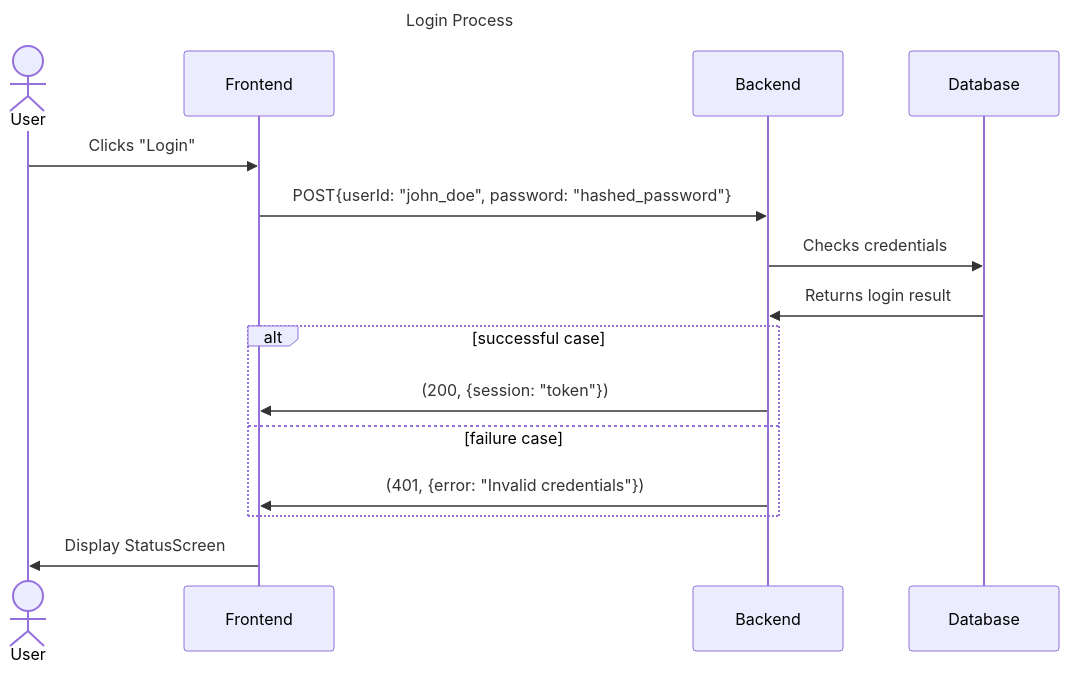
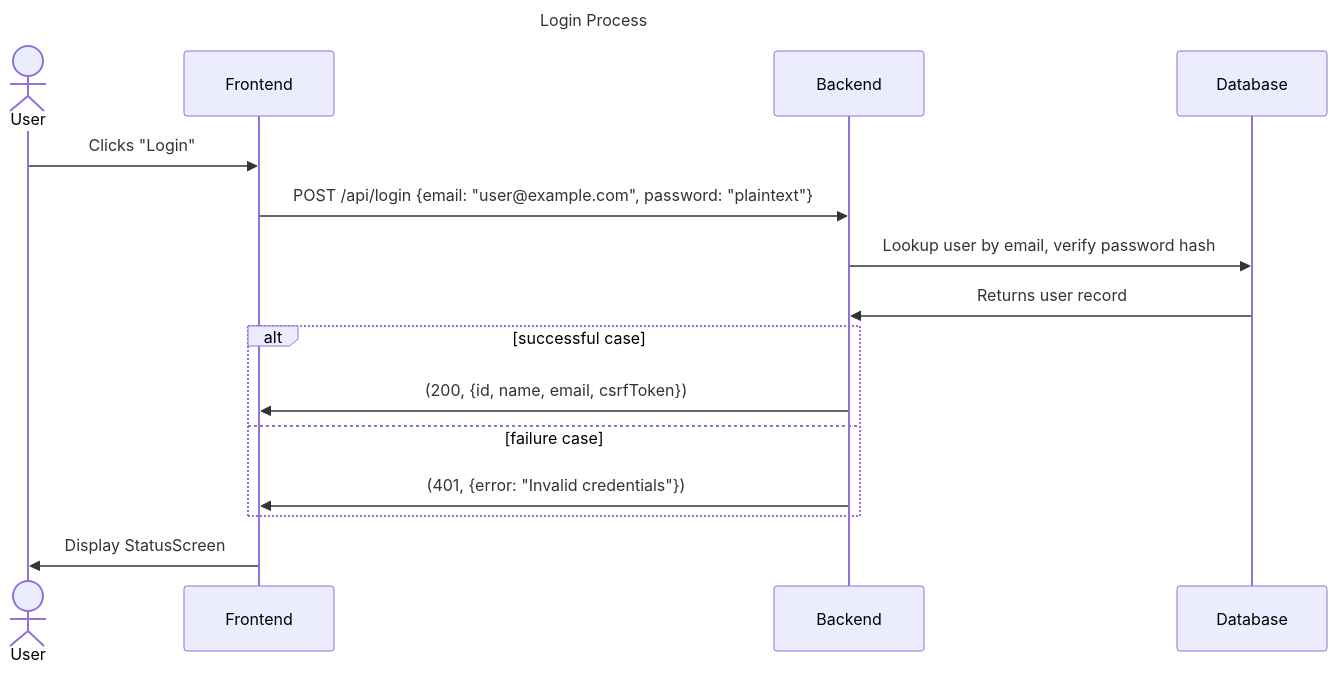
The diagram in docs/login.md (fylke/travel-quizzer), drawn with Mermaid before and after one commit.

Commit message:
docs: update login sequence diagram to match implementation
Replace userId/hashed_password with email/plaintext password, add the
endpoint path, and show the actual response shape (id, name, email,
csrfToken).

Resolves auth review issue #6.

````diff
--- a/docs/login.md
+++ b/docs/login.md
@@ -1,22 +1,22 @@
 ```mermaid
 sequenceDiagram
     title Login Process
 
     actor User
     participant Frontend
     participant Backend
     participant Database
 
     User->>Frontend: Clicks "Login"
-    Frontend->>Backend: POST{userId: "john_doe", password: "hashed_password"}
-    Backend->>Database: Checks credentials
-    Database->>Backend: Returns login result
+    Frontend->>Backend: POST /api/login {email: "user@example.com", password: "plaintext"}
+    Backend->>Database: Lookup user by email, verify password hash
+    Database->>Backend: Returns user record
 
     alt successful case
-        Backend->>Frontend: (200, {session: "token"})
+        Backend->>Frontend: (200, {id, name, email, csrfToken})
     else failure case
         Backend->>Frontend: (401, {error: "Invalid credentials"})
     end
 
     Frontend->>User: Display StatusScreen
 ```
````
